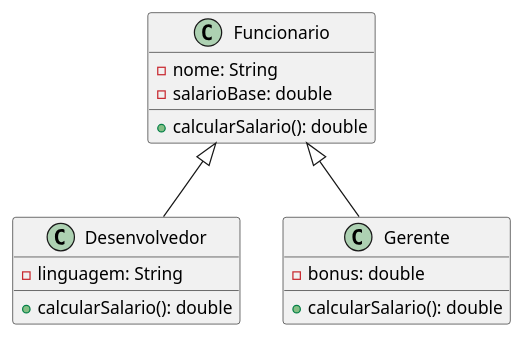
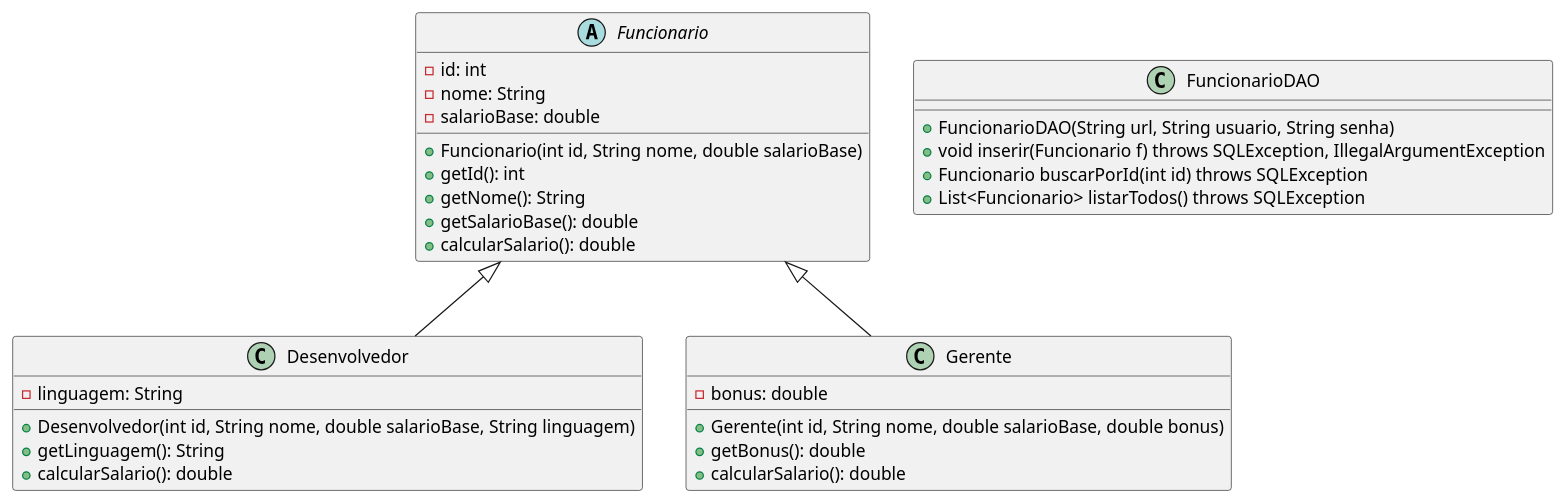
One commit to Hargenx/codigos changed the diagram in A03_ARA0075_POO_NA/trab_vale3/uml.wsd. Above: the diagram before and after it, drawn with PlantUML. The commit also changed 2 other files, not shown here.

```diff
--- a/A03_ARA0075_POO_NA/trab_vale3/uml.wsd
+++ b/A03_ARA0075_POO_NA/trab_vale3/uml.wsd
@@ -1,22 +1,38 @@
 @startuml uml
 
-class Funcionario {
+abstract class Funcionario {
+  - id: int
   - nome: String
   - salarioBase: double
+  + Funcionario(int id, String nome, double salarioBase)
+  + getId(): int
+  + getNome(): String
+  + getSalarioBase(): double
   + calcularSalario(): double
 }
 
 class Desenvolvedor {
   - linguagem: String
+  + Desenvolvedor(int id, String nome, double salarioBase, String linguagem)
+  + getLinguagem(): String
   + calcularSalario(): double
 }
 
 class Gerente {
   - bonus: double
+  + Gerente(int id, String nome, double salarioBase, double bonus)
+  + getBonus(): double
   + calcularSalario(): double
+}
+
+class FuncionarioDAO {
+  + FuncionarioDAO(String url, String usuario, String senha)
+  + void inserir(Funcionario f) throws SQLException, IllegalArgumentException
+  + Funcionario buscarPorId(int id) throws SQLException
+  + List<Funcionario> listarTodos() throws SQLException
 }
 
 Funcionario <|-- Desenvolvedor
 Funcionario <|-- Gerente
 
 @enduml
```
